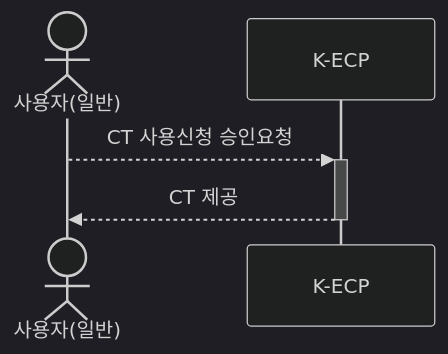
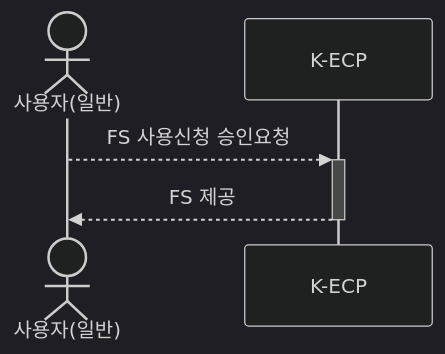
Before and after one commit to KDN-ECP/guidebooks: the second of 2 diagrams in mdfiles/FileStorage_started.md, drawn with Mermaid (dark theme). The commit also changed other lines of this file and 8 other files, not shown here.

````diff
--- a/mdfiles/FileStorage_started.md
+++ b/mdfiles/FileStorage_started.md
@@ -52,6 +52,6 @@
 ```mermaid
 sequenceDiagram
   actor 사용자(일반)
-  사용자(일반) -->>+ K-ECP: CT 사용신청 승인요청
-  K-ECP -->>- 사용자(일반): CT 제공
+  사용자(일반) -->>+ K-ECP: FS 사용신청 승인요청
+  K-ECP -->>- 사용자(일반): FS 제공
 ```
````
